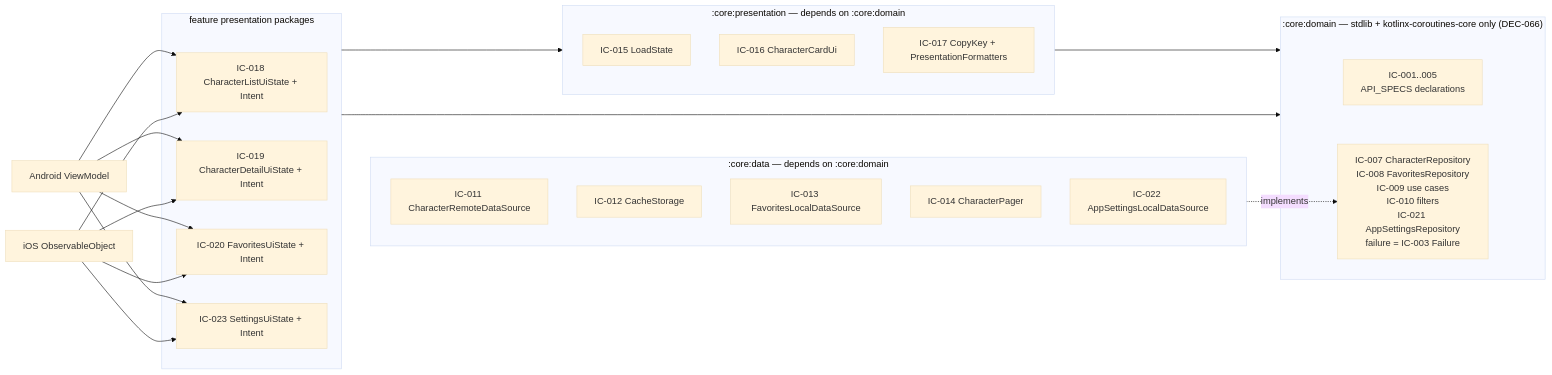
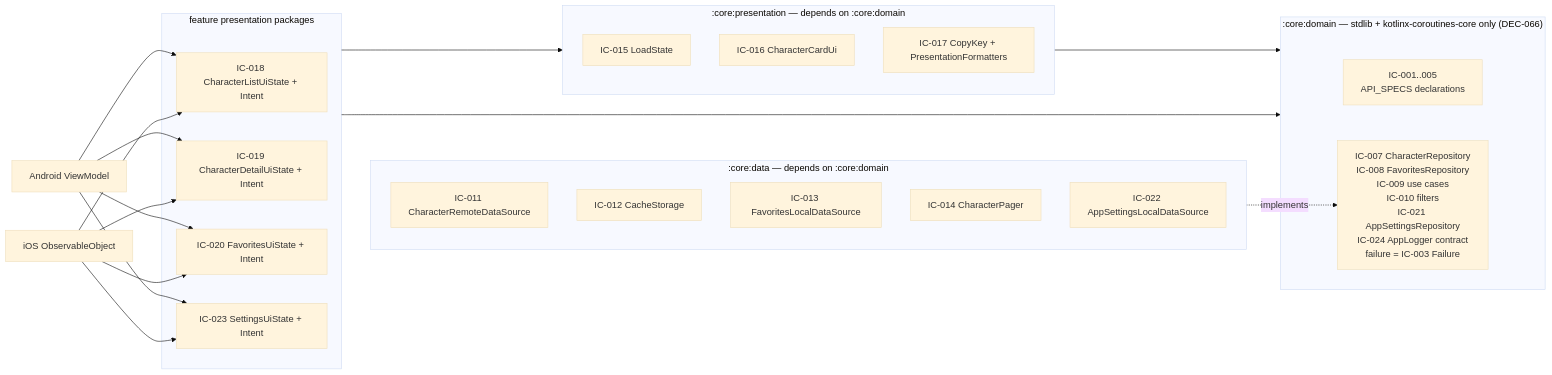
The diagram in docs/CONTRACTS.md (davidru85/RickAndMorty), drawn with Mermaid (base theme) before and after one commit. The commit also changed other lines of this file and 15 other files, not shown here.

````diff
--- a/docs/CONTRACTS.md
+++ b/docs/CONTRACTS.md
@@ -29,37 +29,37 @@
 ```mermaid
 flowchart LR
     subgraph Domain[":core:domain — stdlib + kotlinx-coroutines-core only (DEC-066)"]
         ID[IC-001..005<br/>API_SPECS declarations]
-        REPO[IC-007 CharacterRepository<br/>IC-008 FavoritesRepository<br/>IC-009 use cases<br/>IC-010 filters<br/>IC-021 AppSettingsRepository<br/>failure = IC-003 Failure]
+        REPO[IC-007 CharacterRepository<br/>IC-008 FavoritesRepository<br/>IC-009 use cases<br/>IC-010 filters<br/>IC-021 AppSettingsRepository<br/>IC-024 AppLogger contract<br/>failure = IC-003 Failure]
     end
     subgraph Data[":core:data — depends on :core:domain"]
         REMOTE[IC-011 CharacterRemoteDataSource]
         CACHE[IC-012 CacheStorage]
         LOCAL[IC-013 FavoritesLocalDataSource]
         PAGER[IC-014 CharacterPager]
         PREFS[IC-022 AppSettingsLocalDataSource]
     end
     subgraph Pres[":core:presentation — depends on :core:domain"]
         LOAD[IC-015 LoadState]
         CARD[IC-016 CharacterCardUi]
         FMT[IC-017 CopyKey + PresentationFormatters]
     end
     subgraph Feature["feature presentation packages"]
         LIST[IC-018 CharacterListUiState + Intent]
         DETAIL[IC-019 CharacterDetailUiState + Intent]
         FAV[IC-020 FavoritesUiState + Intent]
         SET[IC-023 SettingsUiState + Intent]
     end
     Data -. implements .-> REPO
     Pres --> Domain
     Feature --> Pres
     Feature --> Domain
     Android[Android ViewModel] --> LIST
     Android --> DETAIL
     Android --> FAV
     Android --> SET
     iOS[iOS ObservableObject] --> LIST
     iOS --> DETAIL
     iOS --> FAV
     iOS --> SET
 ```
````
